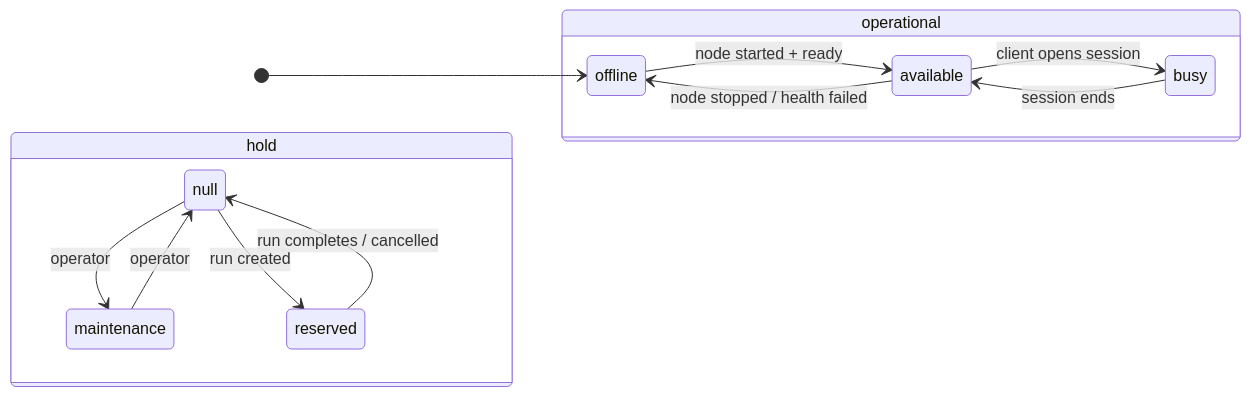
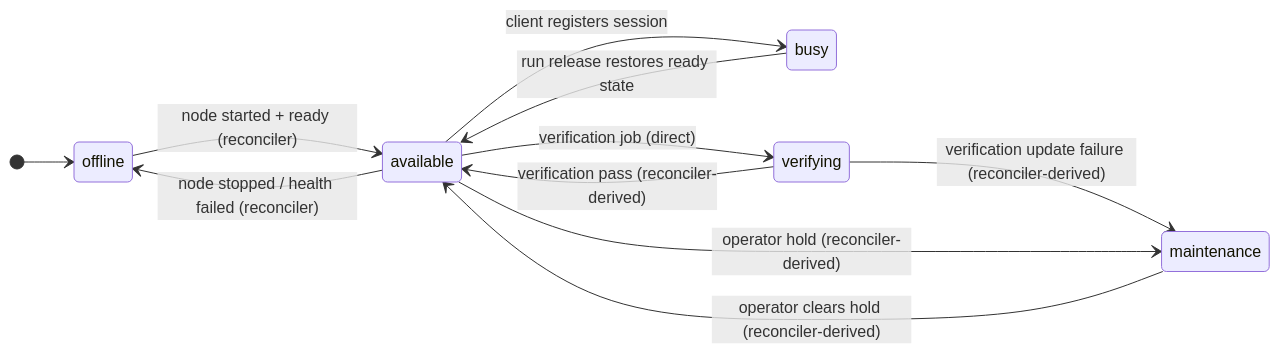
Before and after one commit to quidow/gridfleet: the first of 2 diagrams in docs/design/01-device-state-model.md, drawn with Mermaid. The commit also changed other lines of this file and 58 other files, not shown here.

````diff
--- a/docs/design/01-device-state-model.md
+++ b/docs/design/01-device-state-model.md
@@ -77,23 +92,19 @@
 ```mermaid
 stateDiagram-v2
     direction LR
     [*] --> opOffline
-    state operational {
-        opOffline: offline
-        opAvailable: available
-        opBusy: busy
-        opOffline --> opAvailable: node started + ready
-        opAvailable --> opOffline: node stopped / health failed
-        opAvailable --> opBusy: client opens session
-        opBusy --> opAvailable: session ends
-    }
-    state hold {
-        noHold: null
-        holdMaintenance: maintenance
-        holdReserved: reserved
-        noHold --> holdMaintenance: operator
-        holdMaintenance --> noHold: operator
-        noHold --> holdReserved: run created
-        holdReserved --> noHold: run completes / cancelled
-    }
+    opOffline: offline
+    opAvailable: available
+    opBusy: busy
+    opVerifying: verifying
+    opMaintenance: maintenance
+    opOffline --> opAvailable: node started + ready (reconciler)
+    opAvailable --> opOffline: node stopped / health failed (reconciler)
+    opAvailable --> opBusy: client registers session
+    opBusy --> opAvailable: run release restores ready state
+    opAvailable --> opVerifying: verification job (direct)
+    opVerifying --> opAvailable: verification pass (reconciler-derived)
+    opVerifying --> opMaintenance: verification update failure (reconciler-derived)
+    opAvailable --> opMaintenance: operator hold (reconciler-derived)
+    opMaintenance --> opAvailable: operator clears hold (reconciler-derived)
 ```
````
